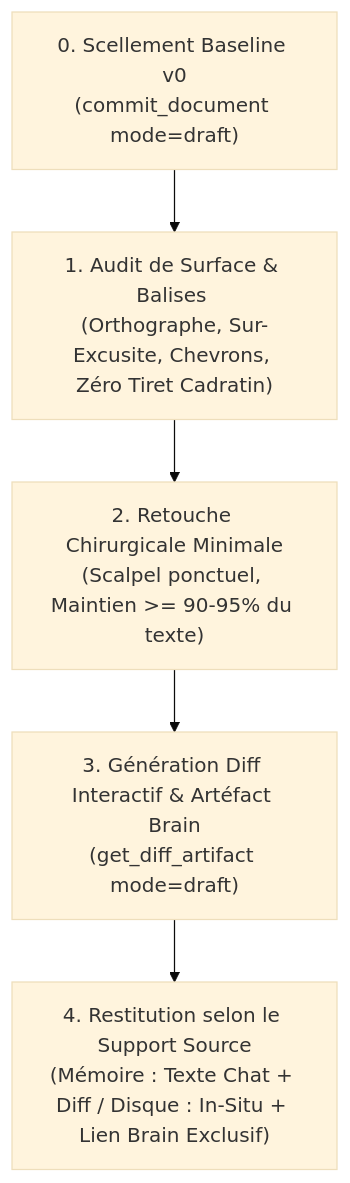
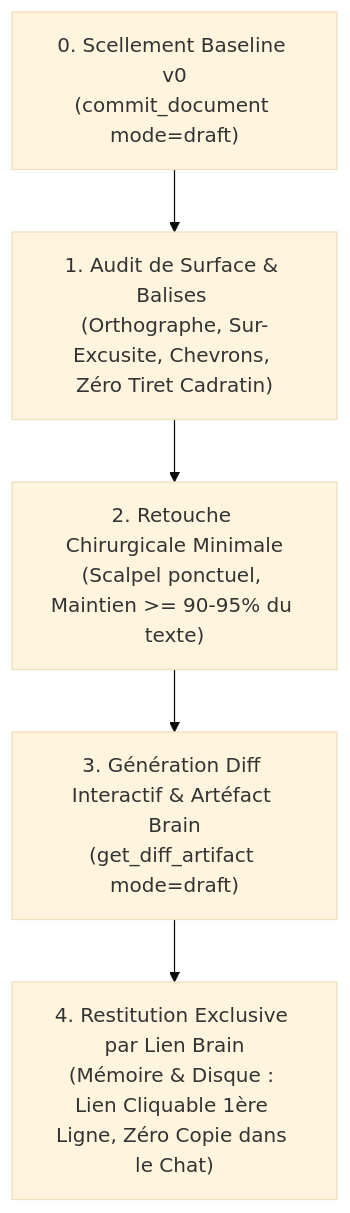
Before and after one commit to hjamet/cursor-memory-bank: the second of 2 diagrams in src/skills/draft/SKILL.md, drawn with Mermaid (base theme). The commit also changed other lines of this file and 1 other file, not shown here.

Commit message:
docs(rules): enforce artifact links on all task.md items and artifact-exclusive draft restitution

````diff
--- a/src/skills/draft/SKILL.md
+++ b/src/skills/draft/SKILL.md
@@ -86,7 +89,7 @@
 ```mermaid
 graph TD
     S0["0. Scellement Baseline v0<br/>(commit_document mode=draft)"] --> S1["1. Audit de Surface & Balises <XXX><br/>(Orthographe, Sur-Excusite, Chevrons, Zéro Tiret Cadratin)"]
     S1 --> S2["2. Retouche Chirurgicale Minimale<br/>(Scalpel ponctuel, Maintien >= 90-95% du texte)"]
     S2 --> S3["3. Génération Diff Interactif & Artéfact Brain<br/>(get_diff_artifact mode=draft)"]
-    S3 --> S4["4. Restitution selon le Support Source<br/>(Mémoire : Texte Chat + Diff / Disque : In-Situ + Lien Brain Exclusif)"]
+    S3 --> S4["4. Restitution Exclusive par Lien Brain<br/>(Mémoire & Disque : Lien Cliquable 1ère Ligne, Zéro Copie dans le Chat)"]
 ```
````
